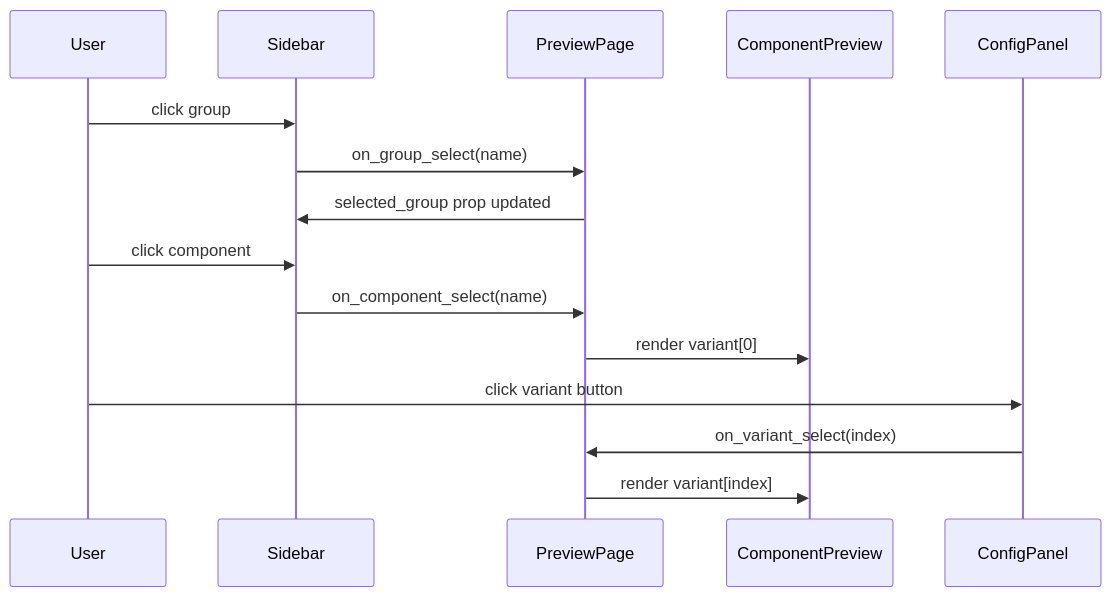
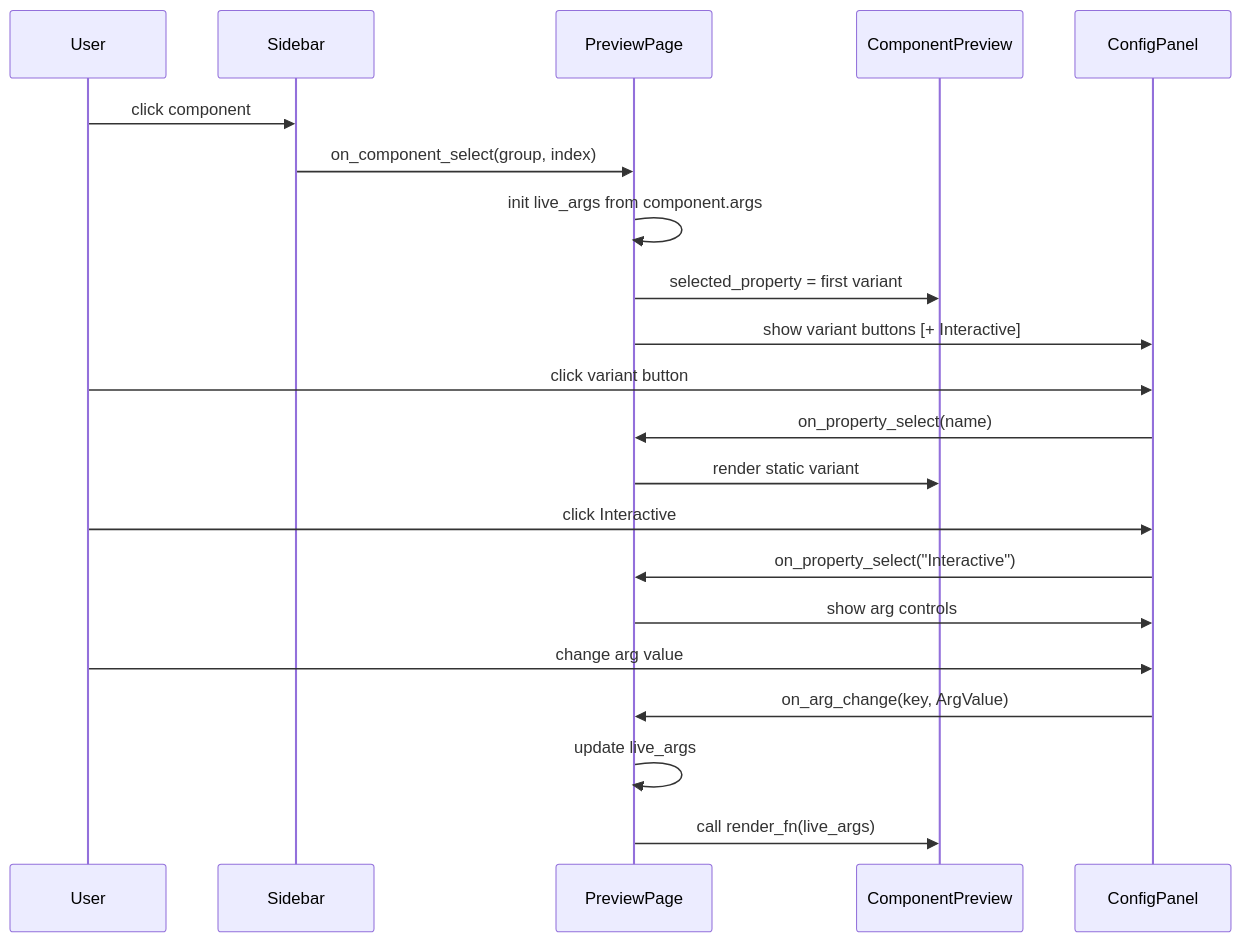
Before and after one commit to chriamue/yew-preview: the second of 2 diagrams in docs/components.md, drawn with Mermaid. The commit also changed other lines of this file and 5 other files, not shown here.

````diff
--- a/docs/components.md
+++ b/docs/components.md
@@ -28,18 +27,26 @@
 ```mermaid
 sequenceDiagram
     participant User
     participant Sidebar
     participant PreviewPage
     participant ComponentPreview
     participant ConfigPanel
 
-    User->>Sidebar: click group
-    Sidebar->>PreviewPage: on_group_select(name)
-    PreviewPage->>Sidebar: selected_group prop updated
     User->>Sidebar: click component
-    Sidebar->>PreviewPage: on_component_select(name)
-    PreviewPage->>ComponentPreview: render variant[0]
+    Sidebar->>PreviewPage: on_component_select(group, index)
+    PreviewPage->>PreviewPage: init live_args from component.args
+    PreviewPage->>ComponentPreview: selected_property = first variant
+    PreviewPage->>ConfigPanel: show variant buttons [+ Interactive]
+
     User->>ConfigPanel: click variant button
-    ConfigPanel->>PreviewPage: on_variant_select(index)
-    PreviewPage->>ComponentPreview: render variant[index]
+    ConfigPanel->>PreviewPage: on_property_select(name)
+    PreviewPage->>ComponentPreview: render static variant
+
+    User->>ConfigPanel: click Interactive
+    ConfigPanel->>PreviewPage: on_property_select("Interactive")
+    PreviewPage->>ConfigPanel: show arg controls
+    User->>ConfigPanel: change arg value
+    ConfigPanel->>PreviewPage: on_arg_change(key, ArgValue)
+    PreviewPage->>PreviewPage: update live_args
+    PreviewPage->>ComponentPreview: call render_fn(live_args)
 ```
````
